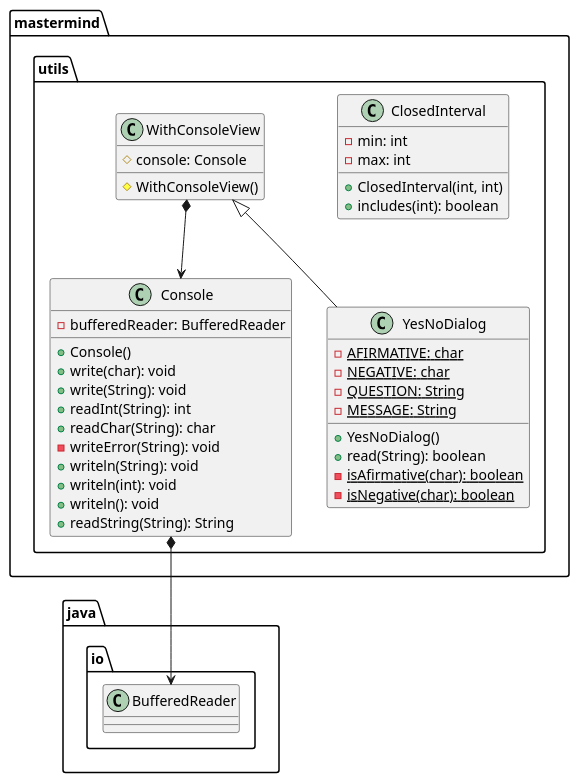
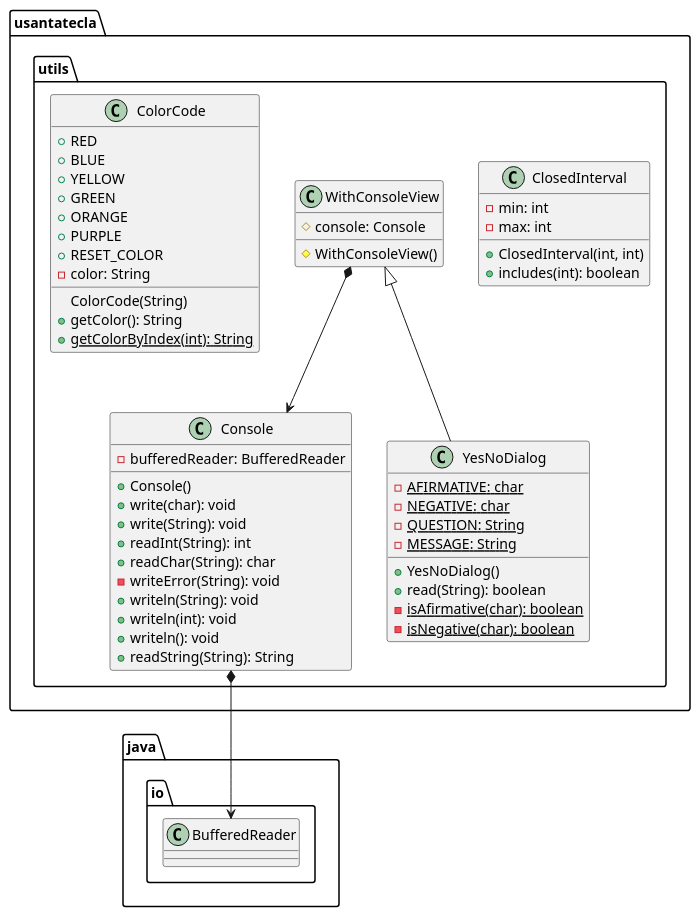
The second of 2 diagrams in domainModel/docs/diagrams/src/paquetes.plantuml (SantaTecla-mastermind/solution.java.swing.socket.sql), drawn with PlantUML before and after one commit. The commit also changed other lines of this file and 7 other files, not shown here.

Commit message:
Readme documentViewConsole updated and readme domainModel finished

```diff
--- a/domainModel/docs/diagrams/src/paquetes.plantuml
+++ b/domainModel/docs/diagrams/src/paquetes.plantuml
@@ -169,41 +147,56 @@
-@startuml mastermind.utils
-class  mastermind.utils.ClosedInterval{
+@startuml usantatecla.utils
+class  usantatecla.utils.ClosedInterval{
 - min: int
 - max: int
 + ClosedInterval(int, int)
 + includes(int): boolean
 }
 
-class  mastermind.utils.Console{
+class  usantatecla.utils.Console{
 - bufferedReader: BufferedReader
 + Console()
 + write(char): void
 + write(String): void
 + readInt(String): int
 + readChar(String): char
 - writeError(String): void
 + writeln(String): void
 + writeln(int): void
 + writeln(): void
 + readString(String): String
 }
-mastermind.utils.Console *-down-> java.io.BufferedReader
+usantatecla.utils.Console *-down-> java.io.BufferedReader
 
-class  mastermind.utils.WithConsoleView{
+class  usantatecla.utils.WithConsoleView{
 # console: Console
 # WithConsoleView()
 }
-mastermind.utils.WithConsoleView *-down-> mastermind.utils.Console
+usantatecla.utils.WithConsoleView *-down-> usantatecla.utils.Console
 
-class  mastermind.utils.YesNoDialog{
+class  usantatecla.utils.YesNoDialog{
 - {static} AFIRMATIVE: char
 - {static} NEGATIVE: char
 - {static} QUESTION: String
 - {static} MESSAGE: String
 + YesNoDialog()
 + read(String): boolean
 - {static} isAfirmative(char): boolean
 - {static} isNegative(char): boolean
 }
-mastermind.utils.WithConsoleView <|-down- mastermind.utils.YesNoDialog
+
+class  usantatecla.utils.ColorCode{
+	+ RED
+    + BLUE
+    + YELLOW
+    + GREEN
+    + ORANGE
+    + PURPLE
+    + RESET_COLOR
+    - color: String
+    ColorCode(String)
+    + getColor(): String 
+    + {static} getColorByIndex(int): String 
+}
+
+usantatecla.utils.WithConsoleView <|-down- usantatecla.utils.YesNoDialog
 @enduml
```
